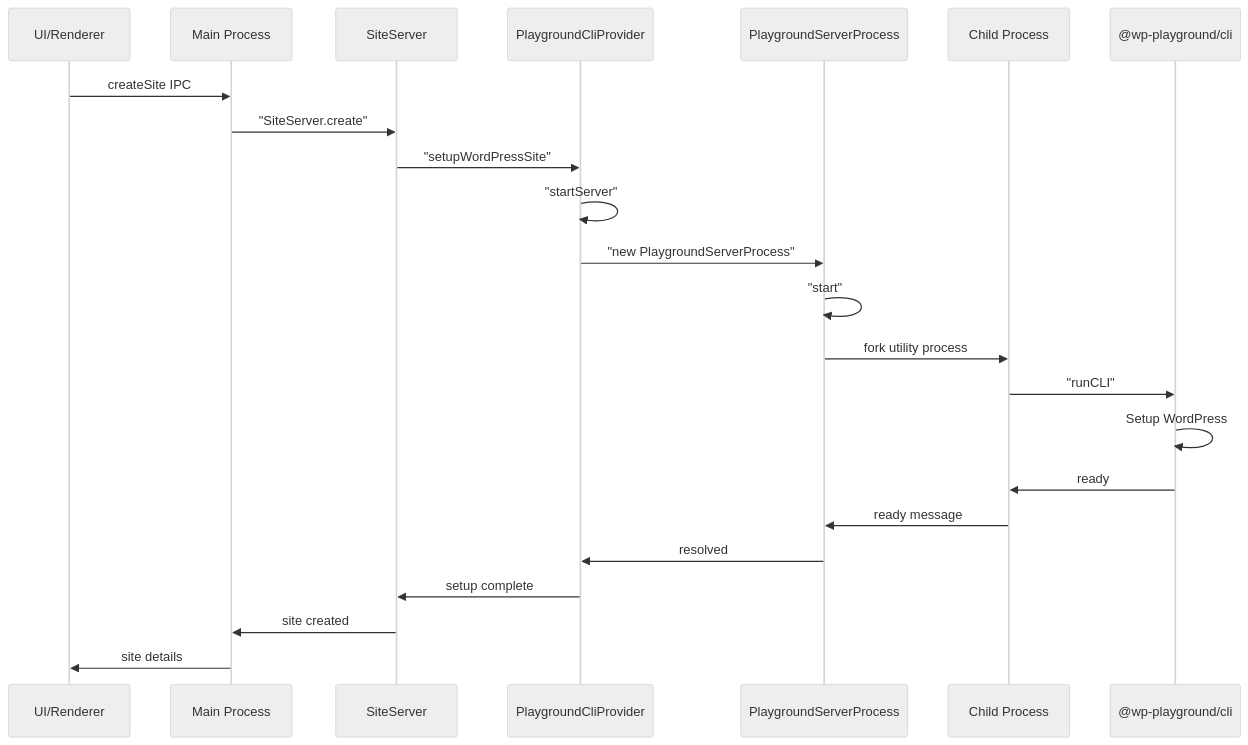
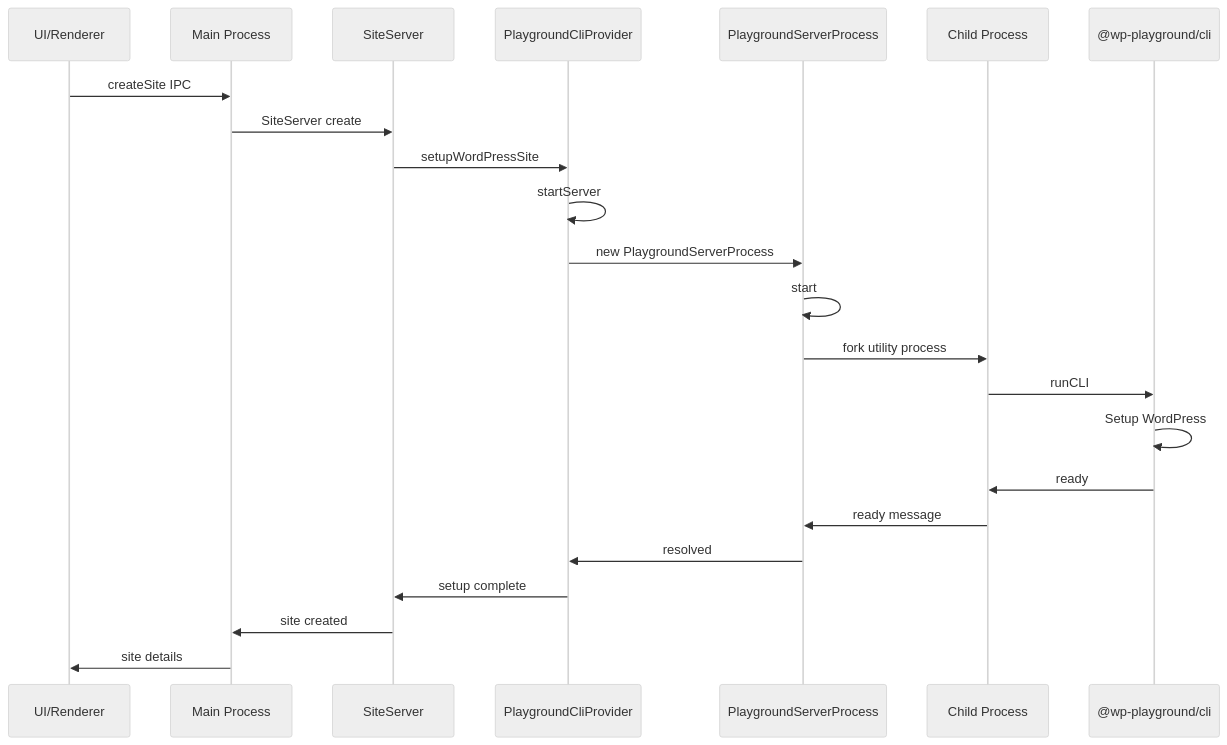
The third of 3 diagrams in src/lib/wordpress-provider/playground-cli/README.md (Automattic/studio), drawn with Mermaid (neutral theme) before and after one commit. The commit also changed other lines of this file, not shown here.

Commit message:
add readme to playground cli provider

````diff
--- a/src/lib/wordpress-provider/playground-cli/README.md
+++ b/src/lib/wordpress-provider/playground-cli/README.md
@@ -170,26 +170,26 @@
 ```mermaid
 sequenceDiagram
     participant UI as UI/Renderer
     participant Main as Main Process
     participant Server as SiteServer
     participant Provider as PlaygroundCliProvider
     participant Process as PlaygroundServerProcess
     participant Child as Child Process
     participant CLI as @wp-playground/cli
 
     UI->>Main: createSite IPC
-    Main->>Server: "SiteServer.create"
-    Server->>Provider: "setupWordPressSite"
-    Provider->>Provider: "startServer"
-    Provider->>Process: "new PlaygroundServerProcess"
-    Process->>Process: "start"
+    Main->>Server: SiteServer create
+    Server->>Provider: setupWordPressSite
+    Provider->>Provider: startServer
+    Provider->>Process: new PlaygroundServerProcess
+    Process->>Process: start
     Process->>Child: fork utility process
-    Child->>CLI: "runCLI"
+    Child->>CLI: runCLI
     CLI->>CLI: Setup WordPress
     CLI->>Child: ready
     Child->>Process: ready message
     Process->>Provider: resolved
     Provider->>Server: setup complete
     Server->>Main: site created
     Main->>UI: site details
 ```
````
